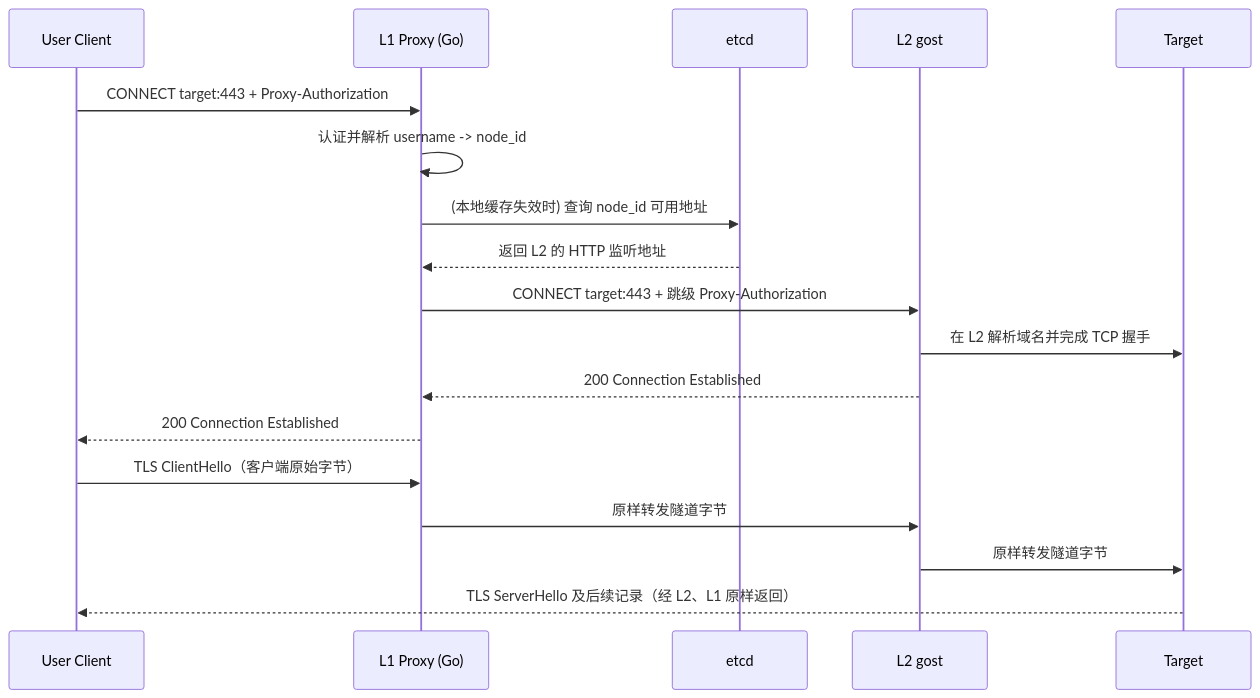
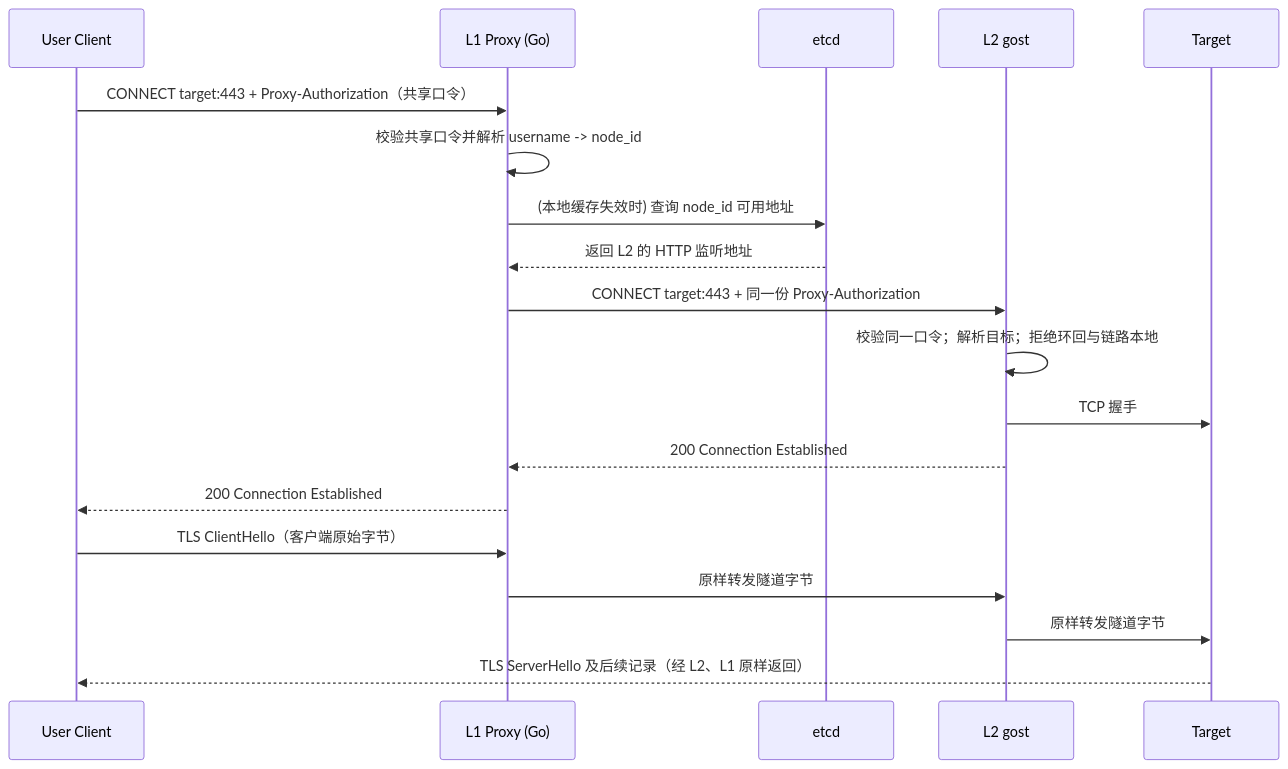
Before and after one commit to f-ishelly/relay-proxy: the second of 3 diagrams in docs/openspec-proxy-design.md, drawn with Mermaid. The commit also changed other lines of this file, not shown here.

````diff
--- a/docs/openspec-proxy-design.md
+++ b/docs/openspec-proxy-design.md
@@ -153,21 +163,22 @@
 ```mermaid
 sequenceDiagram
     participant U as User Client
     participant L1 as L1 Proxy (Go)
     participant E as etcd
     participant L2 as L2 gost
     participant T as Target
 
-    U->>L1: CONNECT target:443 + Proxy-Authorization
-    L1->>L1: 认证并解析 username -> node_id
+    U->>L1: CONNECT target:443 + Proxy-Authorization（共享口令）
+    L1->>L1: 校验共享口令并解析 username -> node_id
     L1->>E: (本地缓存失效时) 查询 node_id 可用地址
     E-->>L1: 返回 L2 的 HTTP 监听地址
-    L1->>L2: CONNECT target:443 + 跳级 Proxy-Authorization
-    L2->>T: 在 L2 解析域名并完成 TCP 握手
+    L1->>L2: CONNECT target:443 + 同一份 Proxy-Authorization
+    L2->>L2: 校验同一口令；解析目标；拒绝环回与链路本地
+    L2->>T: TCP 握手
     L2-->>L1: 200 Connection Established
     L1-->>U: 200 Connection Established
     U->>L1: TLS ClientHello（客户端原始字节）
     L1->>L2: 原样转发隧道字节
     L2->>T: 原样转发隧道字节
     T-->>U: TLS ServerHello 及后续记录（经 L2、L1 原样返回）
 ```
````
